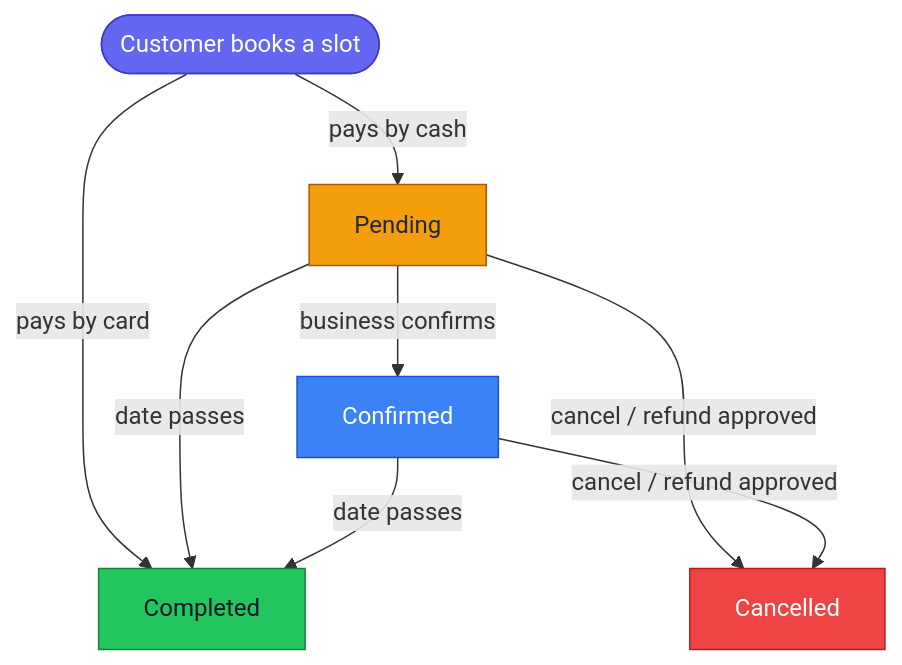
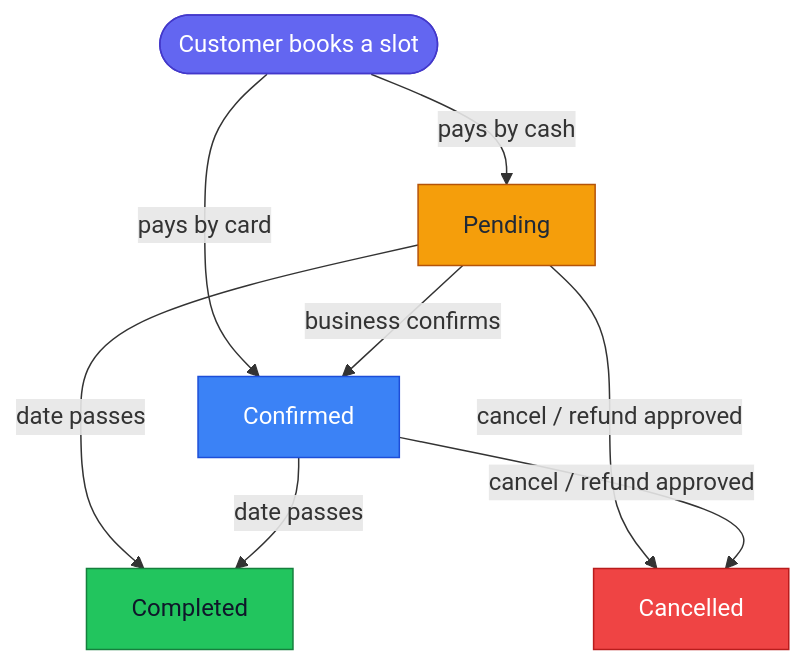
The second of 3 diagrams in README.md (wxvz/ServiceBookingApp), drawn with Mermaid before and after one commit. The commit also changed other lines of this file and 3 other files, not shown here.

First line of the commit message:
Fix booking payments: save with status/date, card starts Confirmed, cash tracks booking completion (#3)

````diff
--- a/README.md
+++ b/README.md
@@ -232,27 +232,27 @@
 ```mermaid
 flowchart TD
     Book(["Customer books a slot"])
     Pending["Pending"]
     Confirmed["Confirmed"]
     Completed["Completed"]
     Cancelled["Cancelled"]
 
     Book -->|"pays by cash"| Pending
-    Book -->|"pays by card"| Completed
+    Book -->|"pays by card"| Confirmed
     Pending -->|"business confirms"| Confirmed
     Pending -->|"date passes"| Completed
     Confirmed -->|"date passes"| Completed
     Pending -->|"cancel / refund approved"| Cancelled
     Confirmed -->|"cancel / refund approved"| Cancelled
 
     classDef start fill:#6366f1,stroke:#4338ca,color:#ffffff
     classDef pending fill:#f59e0b,stroke:#b45309,color:#1f2937
     classDef confirmed fill:#3b82f6,stroke:#1d4ed8,color:#ffffff
     classDef completed fill:#22c55e,stroke:#15803d,color:#0f172a
     classDef cancelled fill:#ef4444,stroke:#b91c1c,color:#ffffff
     class Book start
     class Pending pending
     class Confirmed confirmed
     class Completed completed
     class Cancelled cancelled
 ```
````
